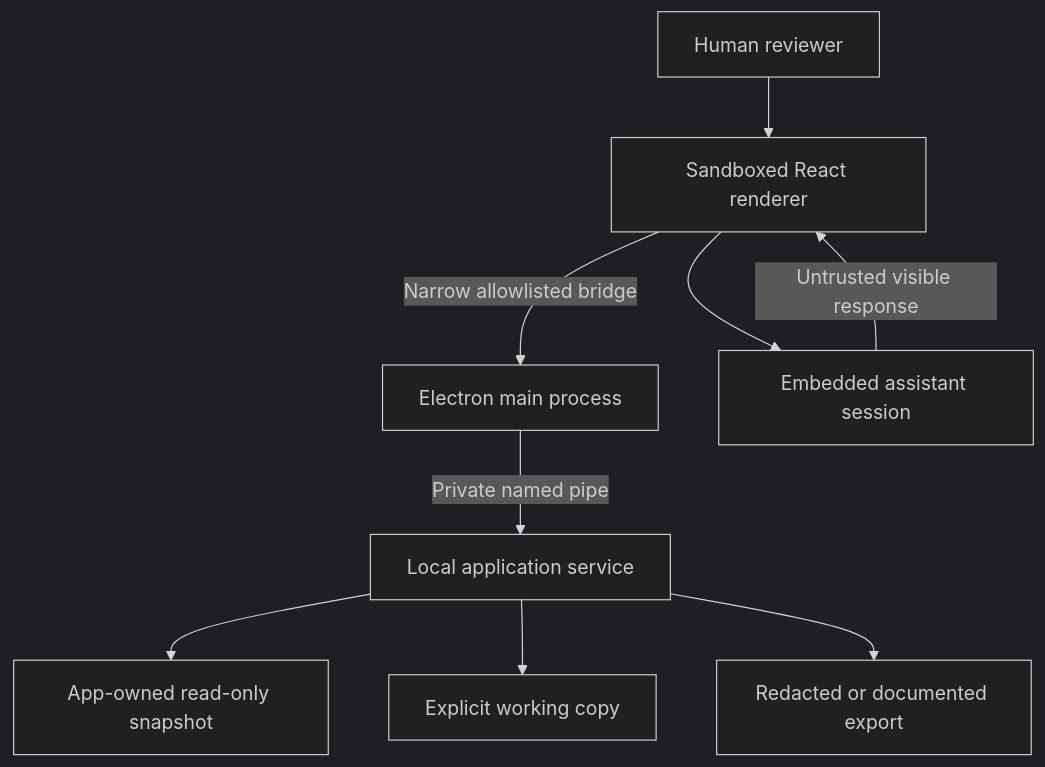
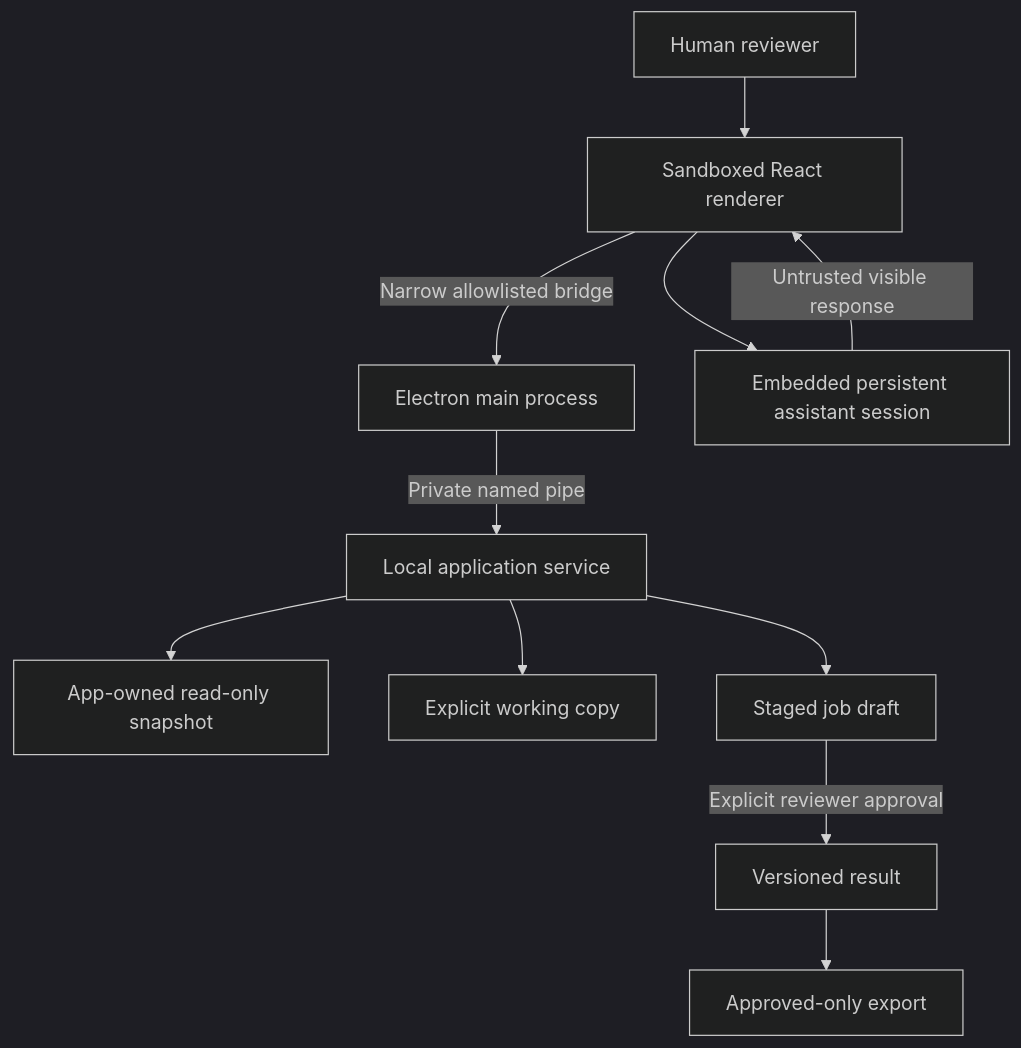
The diagram in docs/threat-model.md (NouraldinFarge/research-studio-case-study), drawn with Mermaid (dark theme) before and after one commit. The commit also changed other lines of this file and 17 other files, not shown here.

````diff
--- a/docs/threat-model.md
+++ b/docs/threat-model.md
@@ -19,11 +19,13 @@
 ```mermaid
 flowchart TD
     Reviewer["Human reviewer"] --> Renderer["Sandboxed React renderer"]
     Renderer -->|"Narrow allowlisted bridge"| Desktop["Electron main process"]
     Desktop -->|"Private named pipe"| Service["Local application service"]
     Service --> Snapshot["App-owned read-only snapshot"]
     Service --> Working["Explicit working copy"]
-    Renderer --> Assistant["Embedded assistant session"]
+    Renderer --> Assistant["Embedded persistent assistant session"]
     Assistant -->|"Untrusted visible response"| Renderer
-    Service --> Export["Redacted or documented export"]
+    Service --> Draft["Staged job draft"]
+    Draft -->|"Explicit reviewer approval"| Result["Versioned result"]
+    Result --> Export["Approved-only export"]
 ```
````
